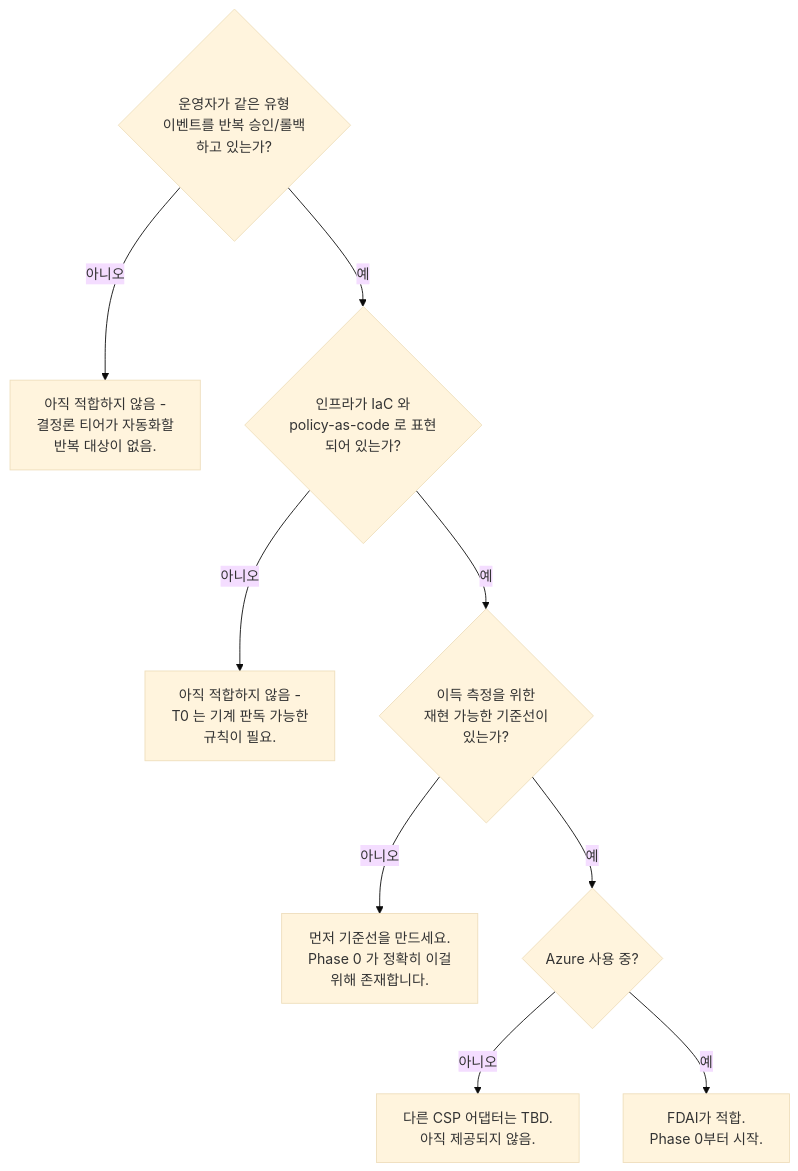
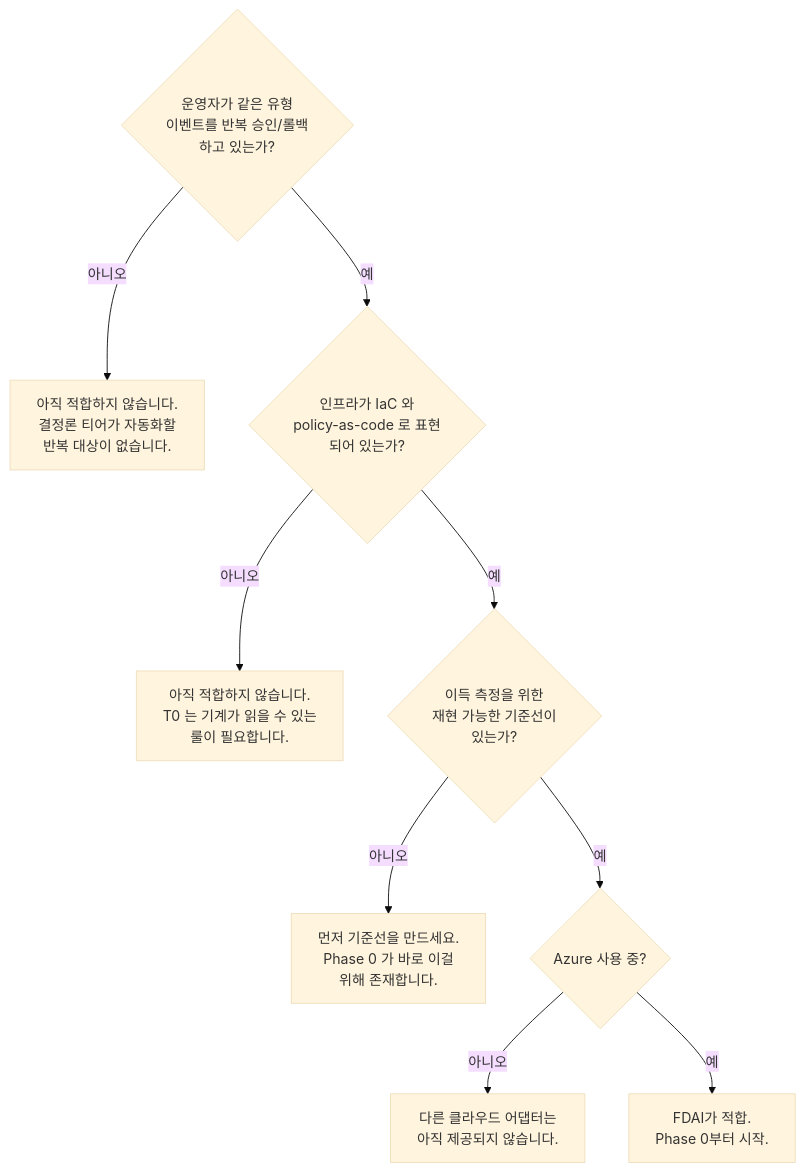
The diagram in docs/user-guide/get-started-ko.md (dotnetpower/fdai), drawn with Mermaid (base theme) before and after one commit. The commit also changed other lines of this file and 1 other file, not shown here.

````diff
--- a/docs/user-guide/get-started-ko.md
+++ b/docs/user-guide/get-started-ko.md
@@ -123,12 +125,12 @@
 ```mermaid
 flowchart TB
   Q1{운영자가 같은 유형<br/>이벤트를 반복 승인/롤백<br/>하고 있는가?}
-  Q1 -->|아니오| N1[아직 적합하지 않음 -<br/>결정론 티어가 자동화할<br/>반복 대상이 없음.]
+  Q1 -->|아니오| N1[아직 적합하지 않습니다.<br/>결정론 티어가 자동화할<br/>반복 대상이 없습니다.]
   Q1 -->|예| Q2{인프라가 IaC 와<br/>policy-as-code 로 표현<br/>되어 있는가?}
-  Q2 -->|아니오| N2[아직 적합하지 않음 -<br/>T0 는 기계 판독 가능한<br/>규칙이 필요.]
+  Q2 -->|아니오| N2[아직 적합하지 않습니다.<br/>T0 는 기계가 읽을 수 있는<br/>룰이 필요합니다.]
   Q2 -->|예| Q3{이득 측정을 위한<br/>재현 가능한 기준선이<br/>있는가?}
-  Q3 -->|아니오| N3[먼저 기준선을 만드세요.<br/>Phase 0 가 정확히 이걸<br/>위해 존재합니다.]
+  Q3 -->|아니오| N3[먼저 기준선을 만드세요.<br/>Phase 0 가 바로 이걸<br/>위해 존재합니다.]
   Q3 -->|예| Q4{Azure 사용 중?}
-  Q4 -->|아니오| N4[다른 CSP 어댑터는 TBD.<br/>아직 제공되지 않음.]
+  Q4 -->|아니오| N4[다른 클라우드 어댑터는<br/>아직 제공되지 않습니다.]
   Q4 -->|예| OK[FDAI가 적합.<br/>Phase 0부터 시작.]
 ```
````
